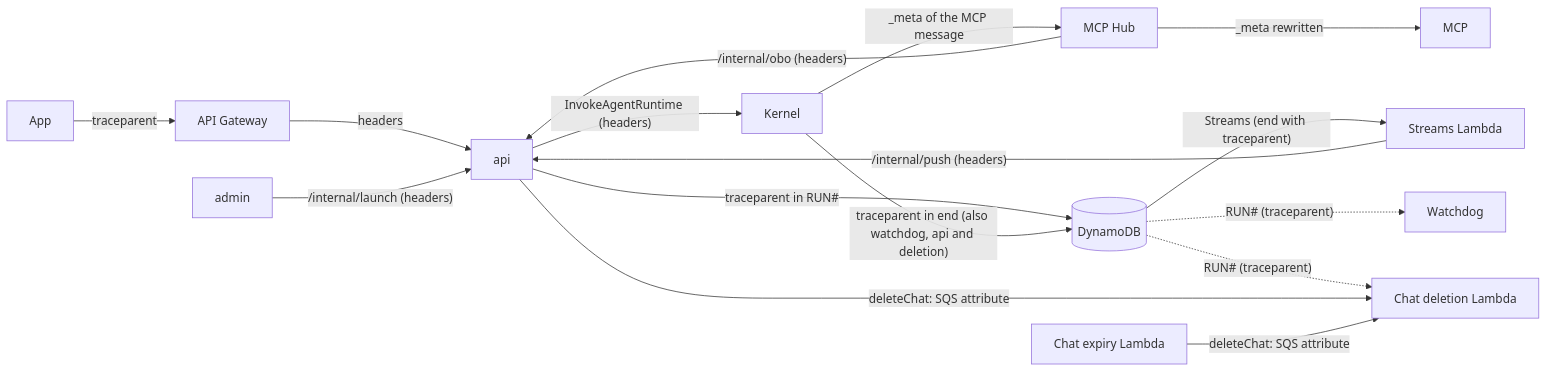
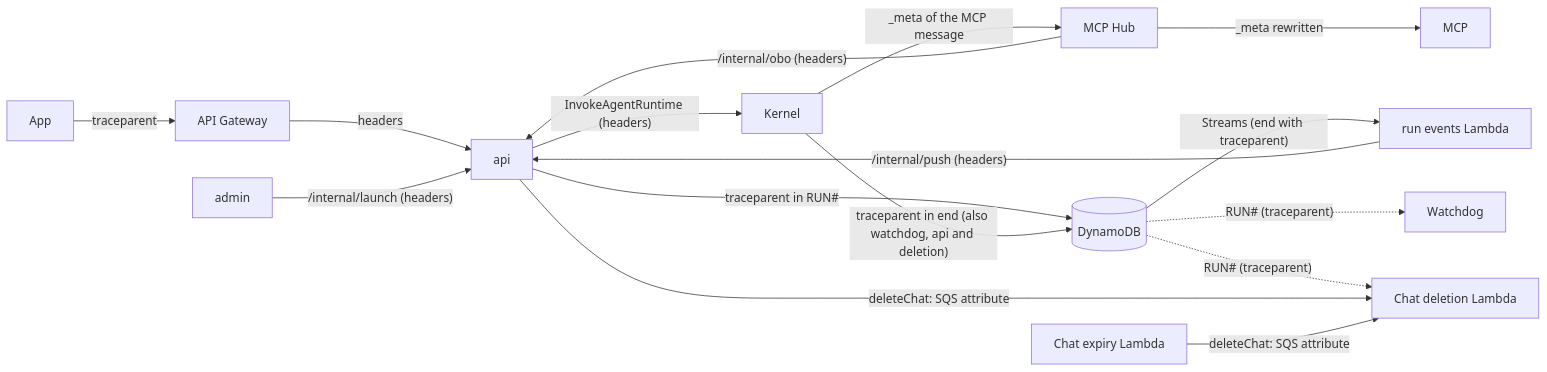
Before and after one commit to ikermendi/sample-agent-platform-with-agentcore: the tenth of 10 diagrams in docs/arquitectura-agentes.md, drawn with Mermaid. The commit also changed other lines of this file and 1 other file, not shown here.

Commit message:
docs: la Lambda de Streams pasa a llamarse run events Lambda (lambdas/run-events), por lo que hace y no por su disparador; en el diagrama, el recuadro de la VPC de servicios baja hasta las Lambdas de eventos y de coste en vez de dibujarlas en un recuadro aparte sin etiqueta que parecía otra VPC

````diff
--- a/docs/arquitectura-agentes.md
+++ b/docs/arquitectura-agentes.md
@@ -1394,17 +1394,17 @@
 ```mermaid
 flowchart LR
   App -- "traceparent" --> GW[API Gateway]
   GW -- headers --> API[api]
   API -- "InvokeAgentRuntime (headers)" --> K[Kernel]
   K -- "_meta of the MCP message" --> H[MCP Hub] -- "_meta rewritten" --> M[MCP]
   API -- "traceparent in RUN#" --> D[(DynamoDB)]
   K -- "traceparent in end (also watchdog, api and deletion)" --> D
-  D -- "Streams (end with traceparent)" --> S[Streams Lambda]
+  D -- "Streams (end with traceparent)" --> S[run events Lambda]
   S -- "/internal/push (headers)" --> API
   D -. "RUN# (traceparent)" .-> V[Watchdog]
   D -. "RUN# (traceparent)" .-> B
   H -- "/internal/obo (headers)" --> API
   Adm[admin] -- "/internal/launch (headers)" --> API
   API -- "deleteChat: SQS attribute" --> B[Chat deletion Lambda]
   CC[Chat expiry Lambda] -- "deleteChat: SQS attribute" --> B
 ```
````
